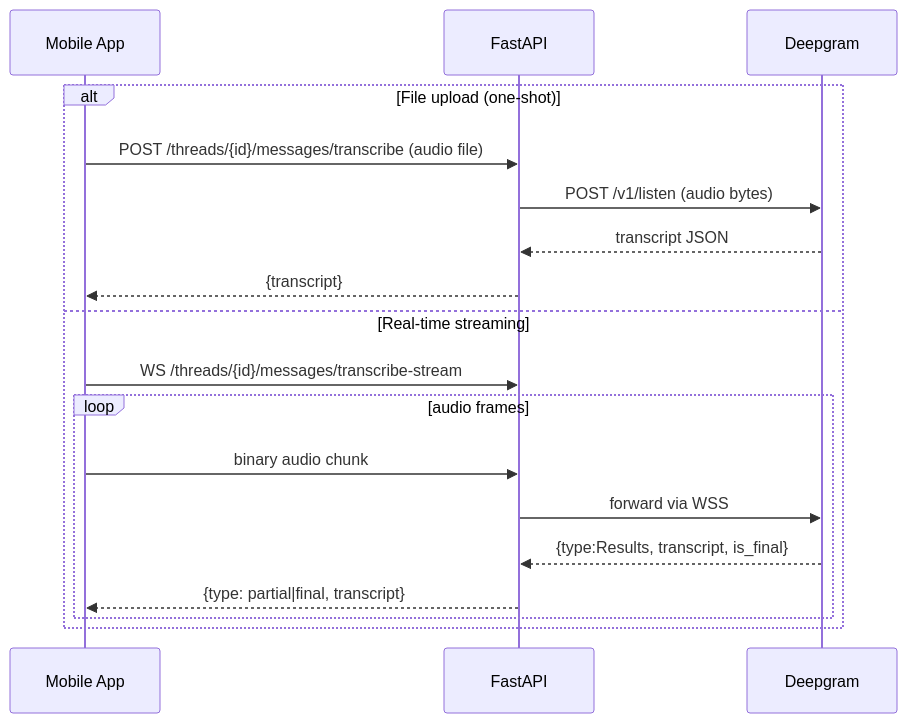
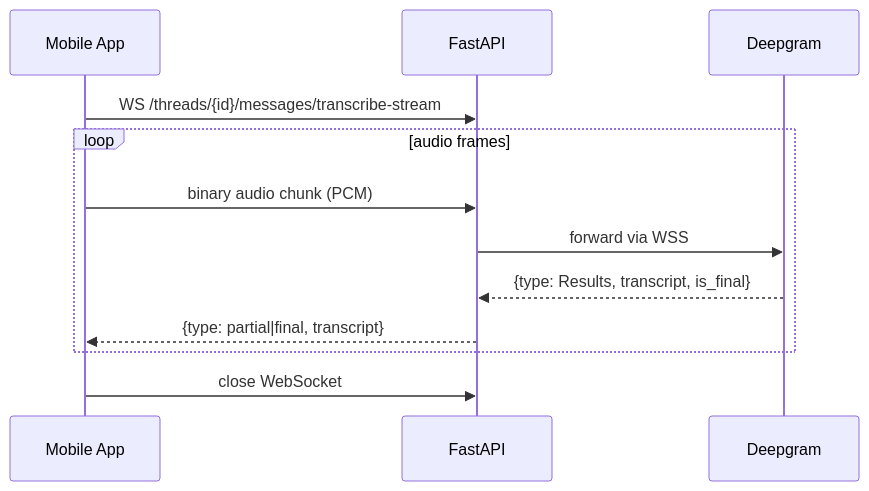
The fourth of 4 diagrams in PRESENTATION.md (service-assistant/service-assistant), drawn with Mermaid before and after one commit.

Commit message:
docs: update docs diagram

````diff
--- a/PRESENTATION.md
+++ b/PRESENTATION.md
@@ -181,21 +181,15 @@
 ```mermaid
 sequenceDiagram
     participant App as Mobile App
     participant API as FastAPI
     participant DG as Deepgram
 
-    alt File upload (one-shot)
-        App->>API: POST /threads/{id}/messages/transcribe (audio file)
-        API->>DG: POST /v1/listen (audio bytes)
-        DG-->>API: transcript JSON
-        API-->>App: {transcript}
-    else Real-time streaming
-        App->>API: WS /threads/{id}/messages/transcribe-stream
-        loop audio frames
-            App->>API: binary audio chunk
-            API->>DG: forward via WSS
-            DG-->>API: {type:Results, transcript, is_final}
-            API-->>App: {type: partial|final, transcript}
-        end
+    App->>API: WS /threads/{id}/messages/transcribe-stream
+    loop audio frames
+        App->>API: binary audio chunk (PCM)
+        API->>DG: forward via WSS
+        DG-->>API: {type: Results, transcript, is_final}
+        API-->>App: {type: partial|final, transcript}
     end
+    App->>API: close WebSocket
 ```
````
